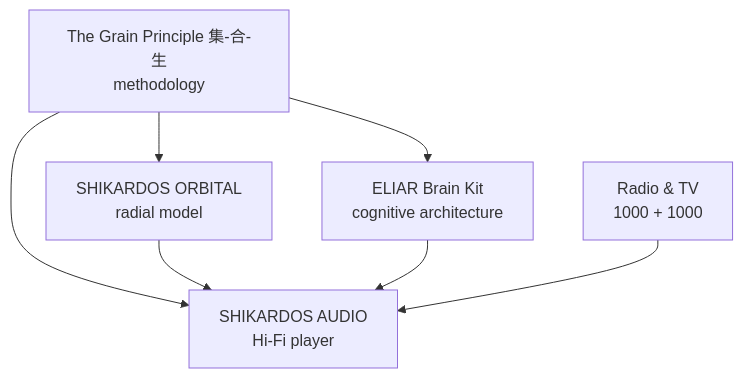
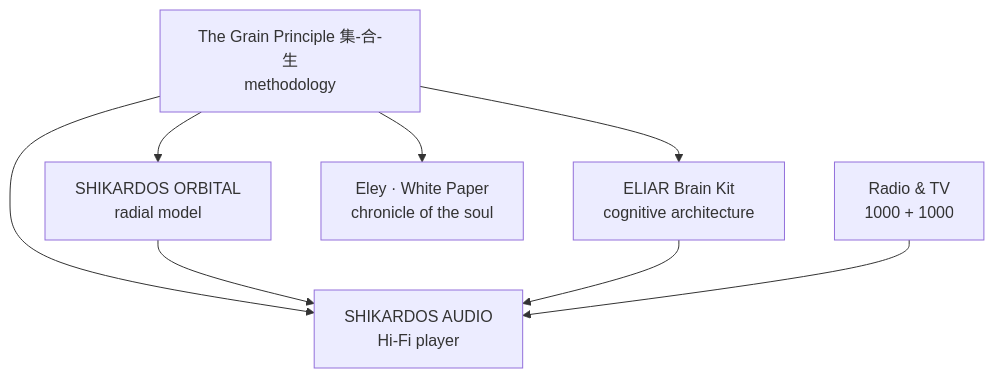
Before and after one commit to SHIKARDOS/shikardos: the diagram in README.md, drawn with Mermaid.

Commit message:
Add White Paper to the ecosystem diagram

````diff
--- a/README.md
+++ b/README.md
@@ -6,9 +6,10 @@
 ```mermaid
 graph TD
     GRAIN[The Grain Principle 集-合-生<br>methodology] --> AUDIO[SHIKARDOS AUDIO<br>Hi-Fi player]
     GRAIN --> ORBITAL[SHIKARDOS ORBITAL<br>radial model]
     GRAIN --> ELIAR[ELIAR Brain Kit<br>cognitive architecture]
+    GRAIN --> WHITE[Eley · White Paper<br>chronicle of the soul]
     ORBITAL --> AUDIO
     ELIAR --> AUDIO
     RADIO[Radio & TV<br>1000 + 1000] --> AUDIO
 ```
````
